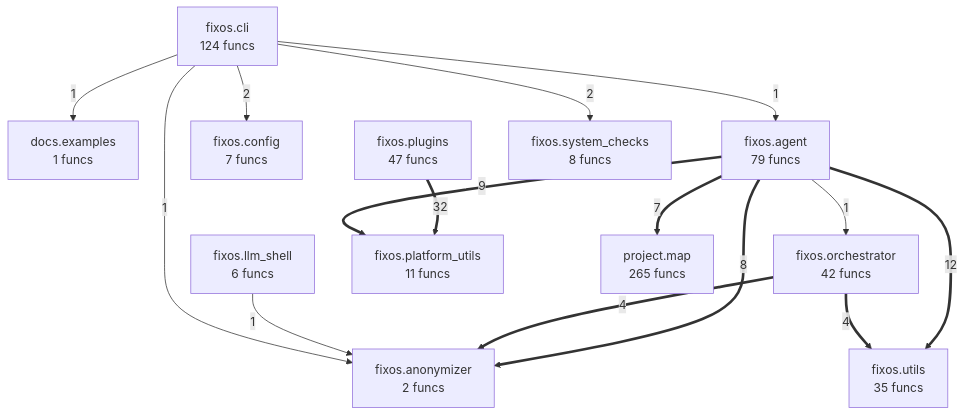
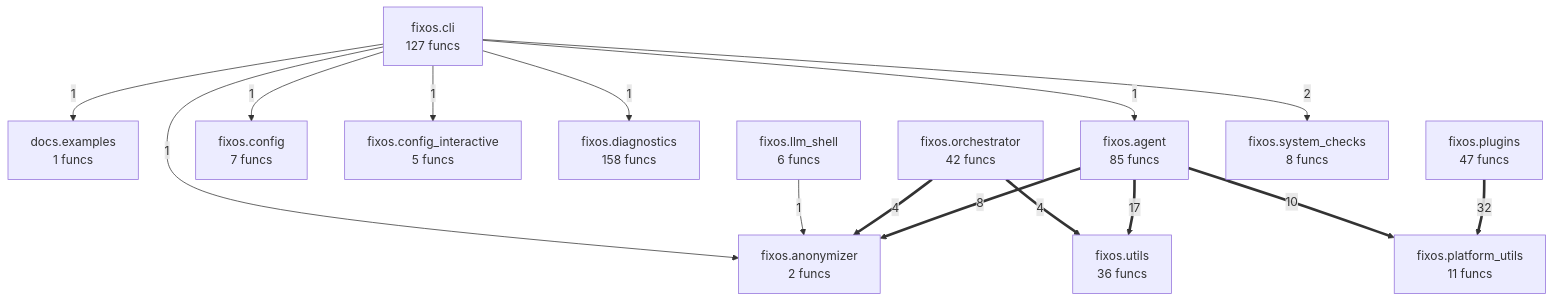
Before and after one commit to wronai/fixos: the diagram in project/compact_flow.mmd, drawn with Mermaid. The commit also changed 57 other files, not shown here.

```diff
--- a/project/compact_flow.mmd
+++ b/project/compact_flow.mmd
@@ -1,27 +1,29 @@
 flowchart TD
+%% generated in 0.01s
     docs__examples["docs.examples<br/>1 funcs"]
-    fixos__agent["fixos.agent<br/>79 funcs"]
+    fixos__agent["fixos.agent<br/>85 funcs"]
     fixos__anonymizer["fixos.anonymizer<br/>2 funcs"]
-    fixos__cli["fixos.cli<br/>124 funcs"]
+    fixos__cli["fixos.cli<br/>127 funcs"]
     fixos__config["fixos.config<br/>7 funcs"]
+    fixos__config_interactive["fixos.config_interactive<br/>5 funcs"]
+    fixos__diagnostics["fixos.diagnostics<br/>158 funcs"]
     fixos__llm_shell["fixos.llm_shell<br/>6 funcs"]
     fixos__orchestrator["fixos.orchestrator<br/>42 funcs"]
     fixos__platform_utils["fixos.platform_utils<br/>11 funcs"]
     fixos__plugins["fixos.plugins<br/>47 funcs"]
     fixos__system_checks["fixos.system_checks<br/>8 funcs"]
-    fixos__utils["fixos.utils<br/>35 funcs"]
-    project__map["project.map<br/>265 funcs"]
+    fixos__utils["fixos.utils<br/>36 funcs"]
     fixos__plugins ==>|32| fixos__platform_utils
-    fixos__agent ==>|12| fixos__utils
-    fixos__agent ==>|9| fixos__platform_utils
+    fixos__agent ==>|17| fixos__utils
+    fixos__agent ==>|10| fixos__platform_utils
     fixos__agent ==>|8| fixos__anonymizer
-    fixos__agent ==>|7| project__map
     fixos__orchestrator ==>|4| fixos__anonymizer
     fixos__orchestrator ==>|4| fixos__utils
-    fixos__cli -->|2| fixos__config
     fixos__cli -->|2| fixos__system_checks
     fixos__llm_shell -->|1| fixos__anonymizer
-    fixos__agent -->|1| fixos__orchestrator
+    fixos__cli -->|1| fixos__diagnostics
+    fixos__cli -->|1| fixos__config
     fixos__cli -->|1| fixos__anonymizer
     fixos__cli -->|1| docs__examples
     fixos__cli -->|1| fixos__agent
+    fixos__cli -->|1| fixos__config_interactive
```
